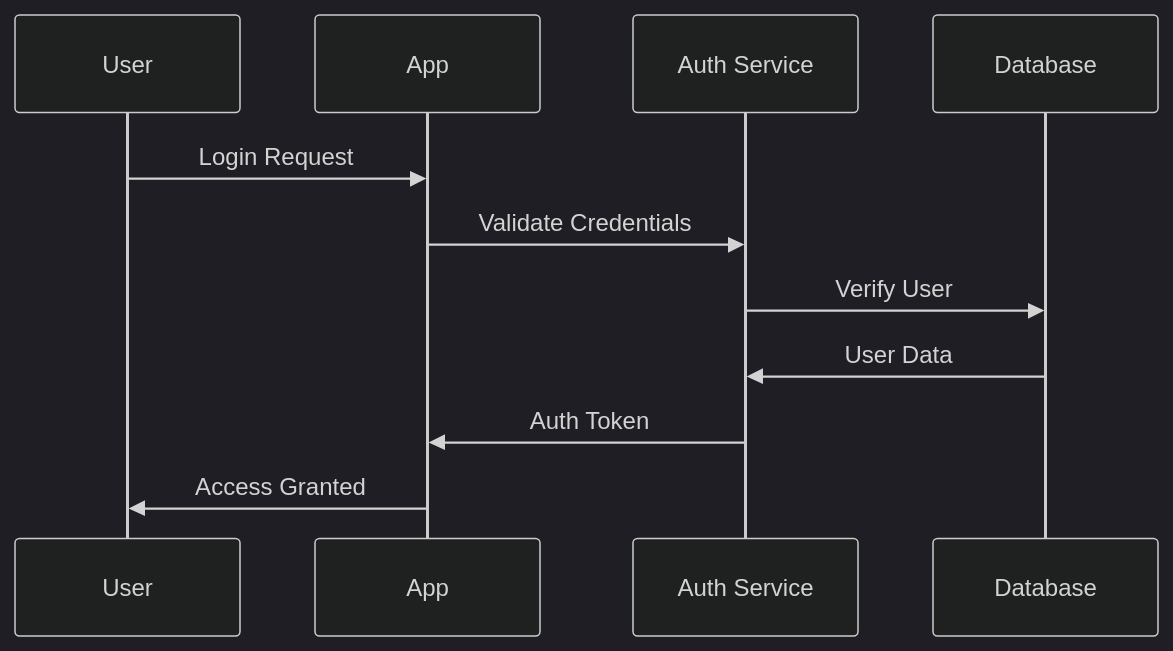
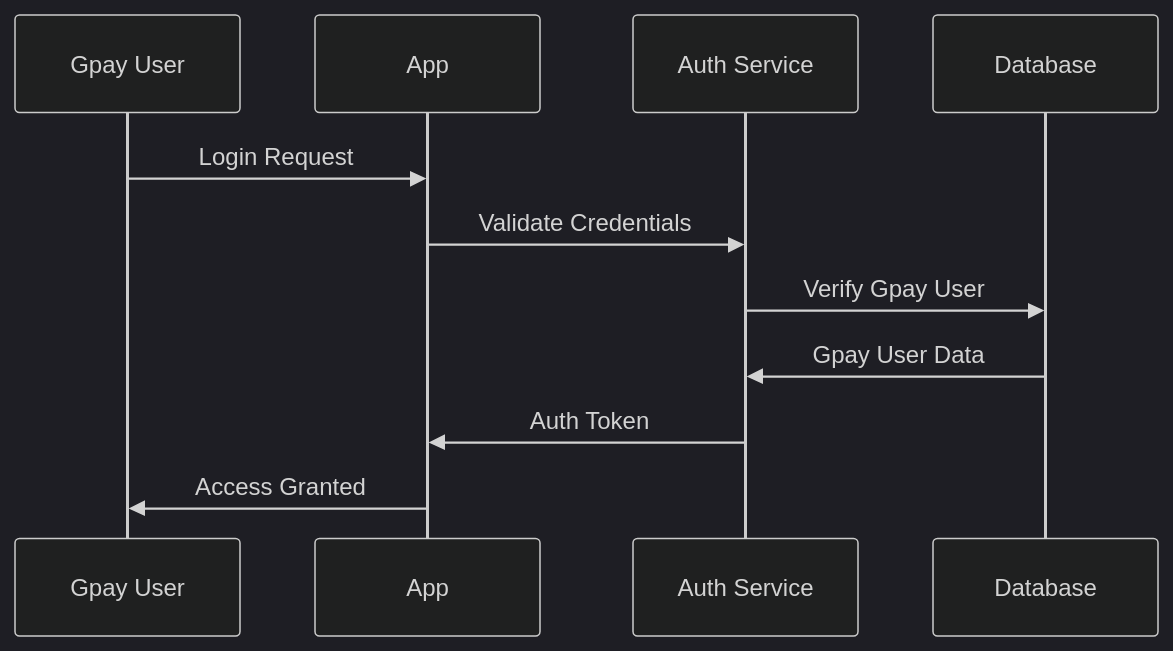
The third of 5 diagrams in Assignment/SRS.md (IIITLucknowSWEngg/CSAICSBTeam017), drawn with Mermaid (dark theme) before and after one commit. The commit also changed other lines of this file and 7 other files, not shown here.

Commit message:
user to gpay user

````diff
--- a/Assignment/SRS.md
+++ b/Assignment/SRS.md
@@ -87,9 +87,9 @@
 ```mermaid
 sequenceDiagram
-    User->>App: Login Request
+    Gpay User->>App: Login Request
     App->>Auth Service: Validate Credentials
-    Auth Service->>Database: Verify User
-    Database->>Auth Service: User Data
+    Auth Service->>Database: Verify Gpay User
+    Database->>Auth Service: Gpay User Data
     Auth Service->>App: Auth Token
-    App->>User: Access Granted
+    App->>Gpay User: Access Granted
 ```
````
